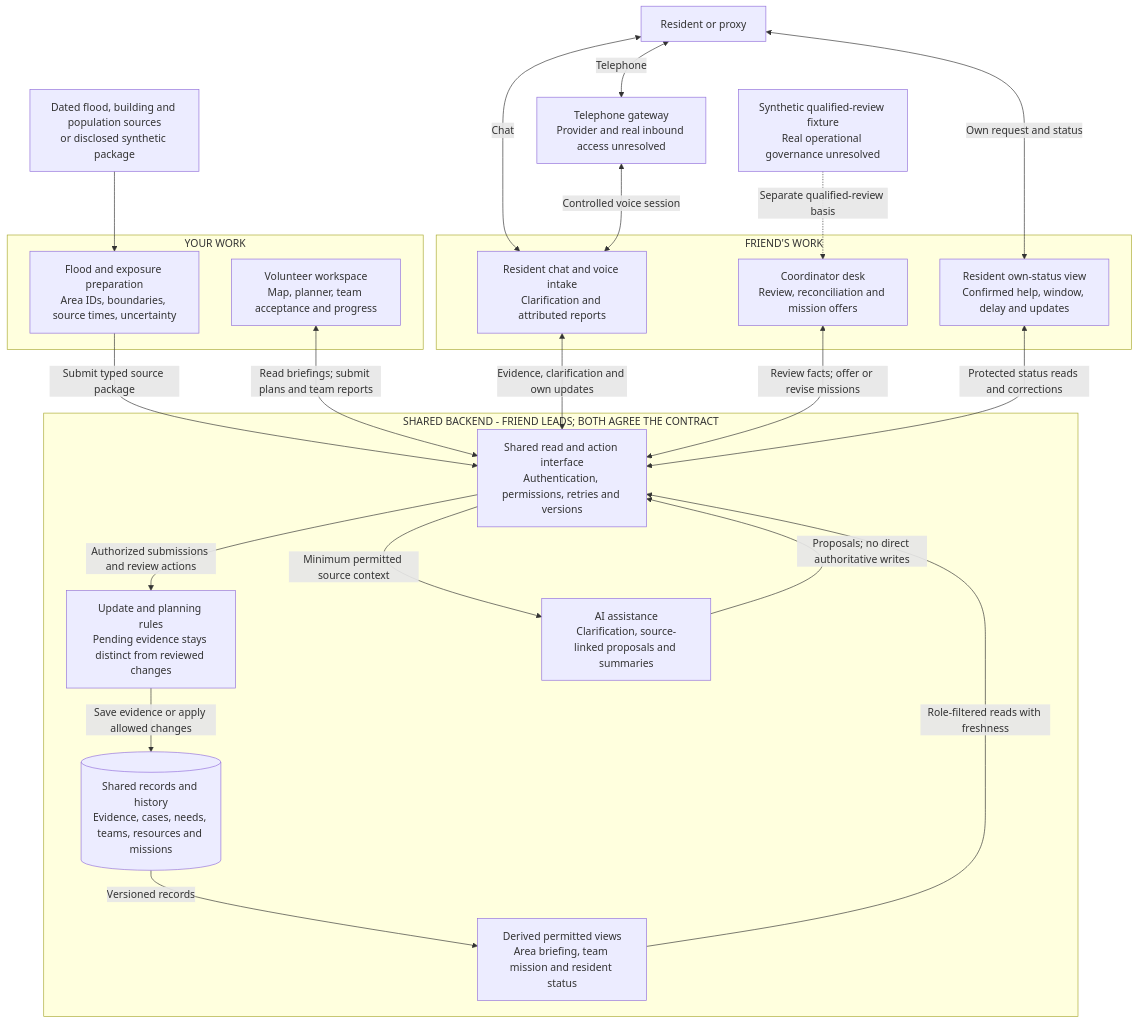
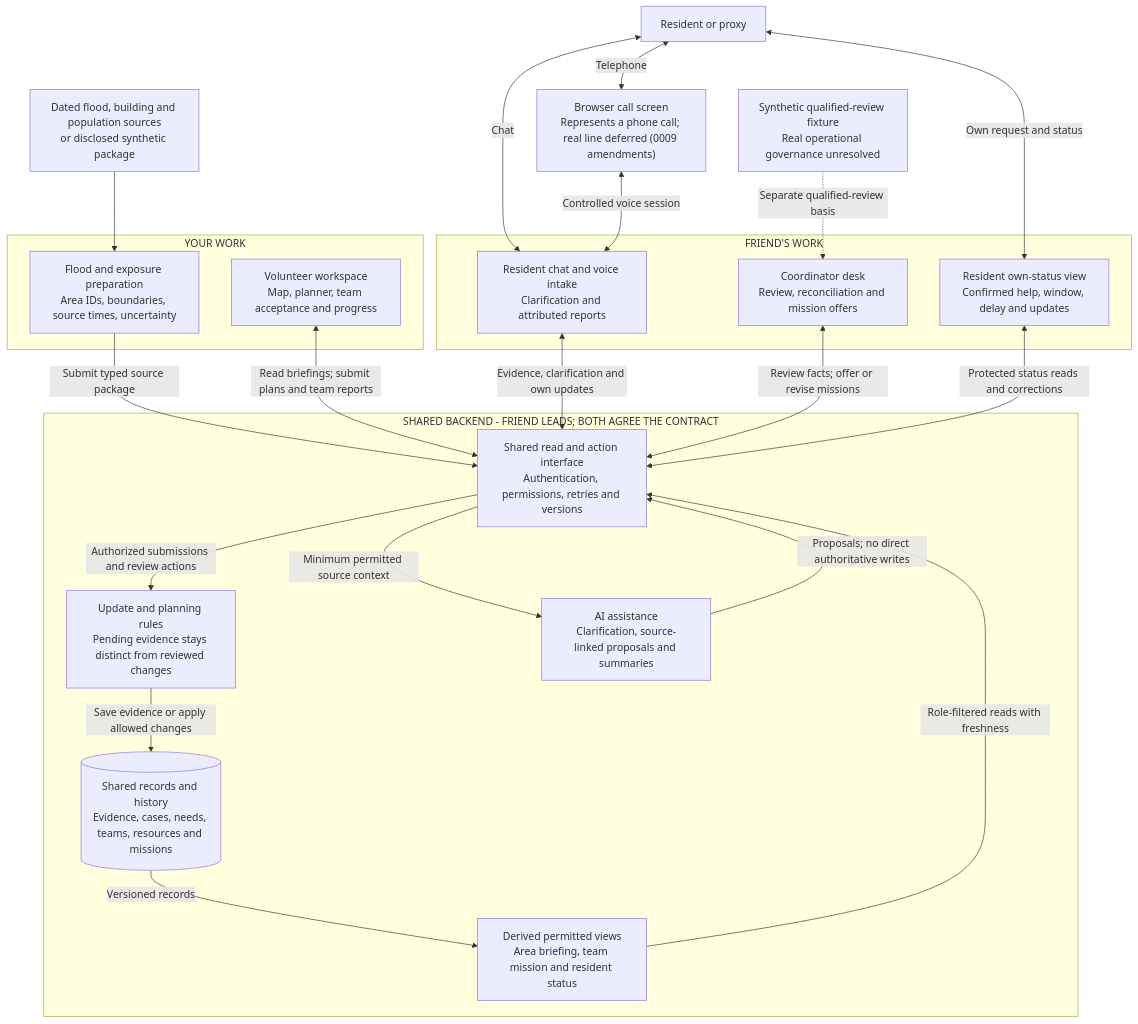
One commit to Supphaset/ReachPoint changed the first of 2 diagrams in docs/planning/architecture-overview.md. Above: the diagram before and after it, drawn with Mermaid. The commit also changed 6 other files, not shown here.

````diff
--- a/docs/planning/architecture-overview.md
+++ b/docs/planning/architecture-overview.md
@@ -9,44 +9,44 @@
 ```mermaid
 flowchart TB
     Sources["Dated flood, building and population sources<br/>or disclosed synthetic package"]
     Resident["Resident or proxy"]
-    Phone["Telephone gateway<br/>Provider and real inbound access unresolved"]
+    Phone["Browser call screen<br/>Represents a phone call; real line deferred (0009 amendments)"]
     Qualified["Synthetic qualified-review fixture<br/>Real operational governance unresolved"]
 
     subgraph YourWork["YOUR WORK"]
         Flood["Flood and exposure preparation<br/>Area IDs, boundaries, source times, uncertainty"]
         Volunteer["Volunteer workspace<br/>Map, planner, team acceptance and progress"]
     end
 
     subgraph FriendWork["FRIEND'S WORK"]
         Intake["Resident chat and voice intake<br/>Clarification and attributed reports"]
         Desk["Coordinator desk<br/>Review, reconciliation and mission offers"]
         Status["Resident own-status view<br/>Confirmed help, window, delay and updates"]
     end
 
     subgraph SharedBackend["SHARED BACKEND - FRIEND LEADS; BOTH AGREE THE CONTRACT"]
         API["Shared read and action interface<br/>Authentication, permissions, retries and versions"]
         Rules["Update and planning rules<br/>Pending evidence stays distinct from reviewed changes"]
         Store[("Shared records and history<br/>Evidence, cases, needs, teams, resources and missions")]
         Views["Derived permitted views<br/>Area briefing, team mission and resident status"]
         AI["AI assistance<br/>Clarification, source-linked proposals and summaries"]
     end
 
     Sources --> Flood
     Flood -->|"Submit typed source package"| API
     Volunteer <-->|"Read briefings; submit plans and team reports"| API
     Resident <-->|"Chat"| Intake
     Resident <-->|"Telephone"| Phone
     Phone <-->|"Controlled voice session"| Intake
     Resident <-->|"Own request and status"| Status
     Intake <-->|"Evidence, clarification and own updates"| API
     Desk <-->|"Review facts; offer or revise missions"| API
     Status <-->|"Protected status reads and corrections"| API
     Qualified -.->|"Separate qualified-review basis"| Desk
     API -->|"Minimum permitted source context"| AI
     AI -->|"Proposals; no direct authoritative writes"| API
     API -->|"Authorized submissions and review actions"| Rules
     Rules -->|"Save evidence or apply allowed changes"| Store
     Store -->|"Versioned records"| Views
     Views -->|"Role-filtered reads with freshness"| API
 ```
````
